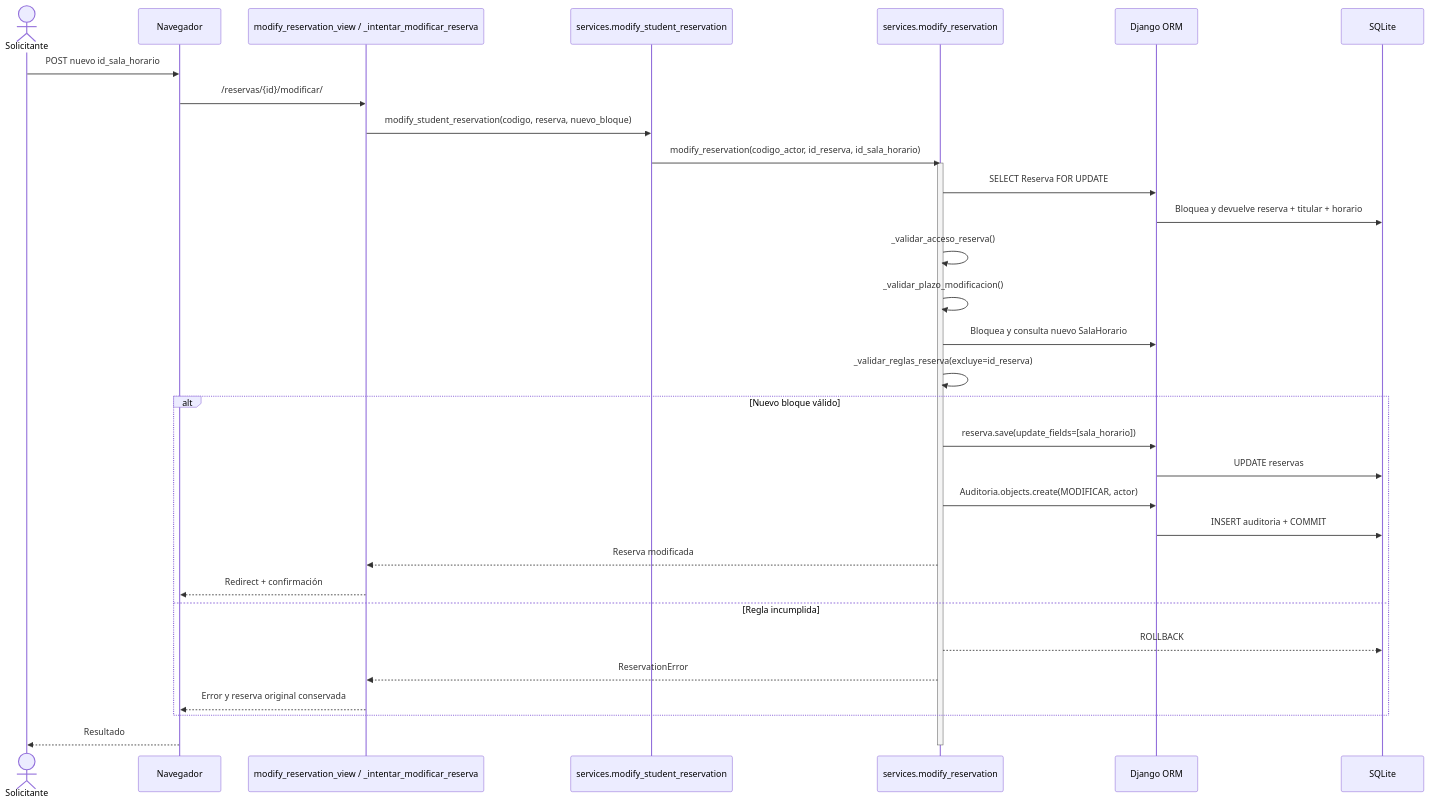
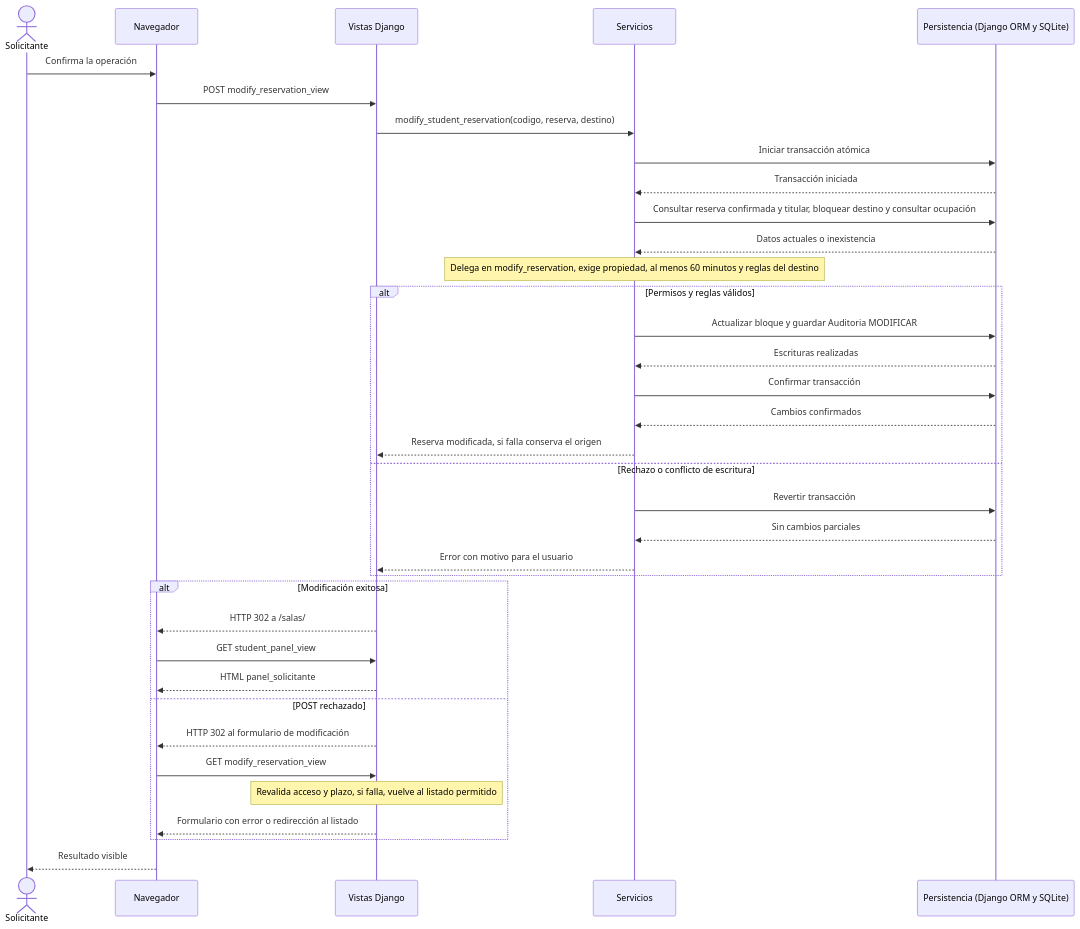
Before and after one commit to Sebas0032/SalaMandra: the second of 14 diagrams in docs/sesion-07-modelos.md, drawn with Mermaid. The commit also changed other lines of this file and 11 other files, not shown here.

Commit message:
Update architecture and test traceability documentation, reorganize use cases, fix diagrams, expand interaction flows, restore weekday-only reservations, consolidate redundant tests, and remove obsolete diagram images

````diff
--- a/docs/sesion-07-modelos.md
+++ b/docs/sesion-07-modelos.md
@@ -175,36 +187,38 @@
 ```mermaid
 sequenceDiagram
-    actor S as Solicitante
+    actor U as Solicitante
     participant B as Navegador
-    participant V as modify_reservation_view / _intentar_modificar_reserva
-    participant SV as services.modify_student_reservation
-    participant MR as services.modify_reservation
-    participant ORM as Django ORM
-    participant DB as SQLite
-
-    S->>B: POST nuevo id_sala_horario
-    B->>V: /reservas/{id}/modificar/
-    V->>SV: modify_student_reservation(codigo, reserva, nuevo_bloque)
-    SV->>MR: modify_reservation(codigo_actor, id_reserva, id_sala_horario)
-    activate MR
-    MR->>ORM: SELECT Reserva FOR UPDATE
-    ORM->>DB: Bloquea y devuelve reserva + titular + horario
-    MR->>MR: _validar_acceso_reserva()
-    MR->>MR: _validar_plazo_modificacion()
-    MR->>ORM: Bloquea y consulta nuevo SalaHorario
-    MR->>MR: _validar_reglas_reserva(excluye=id_reserva)
-    alt Nuevo bloque válido
-        MR->>ORM: reserva.save(update_fields=[sala_horario])
-        ORM->>DB: UPDATE reservas
-        MR->>ORM: Auditoria.objects.create(MODIFICAR, actor)
-        ORM->>DB: INSERT auditoria + COMMIT
-        MR-->>V: Reserva modificada
-        V-->>B: Redirect + confirmación
-    else Regla incumplida
-        MR-->>DB: ROLLBACK
-        MR-->>V: ReservationError
-        V-->>B: Error y reserva original conservada
+    participant V as Vistas Django
+    participant S as Servicios
+    participant D as Persistencia (Django ORM y SQLite)
+    U->>B: Confirma la operación
+    B->>V: POST modify_reservation_view
+    V->>S: modify_student_reservation(codigo, reserva, destino)
+    S->>D: Iniciar transacción atómica
+    D-->>S: Transacción iniciada
+    S->>D: Consultar reserva confirmada y titular, bloquear destino y consultar ocupación
+    D-->>S: Datos actuales o inexistencia
+    Note over S: Delega en modify_reservation, exige propiedad, al menos 60 minutos y reglas del destino
+    alt Permisos y reglas válidos
+        S->>D: Actualizar bloque y guardar Auditoria MODIFICAR
+        D-->>S: Escrituras realizadas
+        S->>D: Confirmar transacción
+        D-->>S: Cambios confirmados
+        S-->>V: Reserva modificada, si falla conserva el origen
+    else Rechazo o conflicto de escritura
+        S->>D: Revertir transacción
+        D-->>S: Sin cambios parciales
+        S-->>V: Error con motivo para el usuario
     end
-    B-->>S: Resultado
-    deactivate MR
+    alt Modificación exitosa
+        V-->>B: HTTP 302 a /salas/
+        B->>V: GET student_panel_view
+        V-->>B: HTML panel_solicitante
+    else POST rechazado
+        V-->>B: HTTP 302 al formulario de modificación
+        B->>V: GET modify_reservation_view
+        Note over V: Revalida acceso y plazo, si falla, vuelve al listado permitido
+        V-->>B: Formulario con error o redirección al listado
+    end
+    B-->>U: Resultado visible
 ```
````
